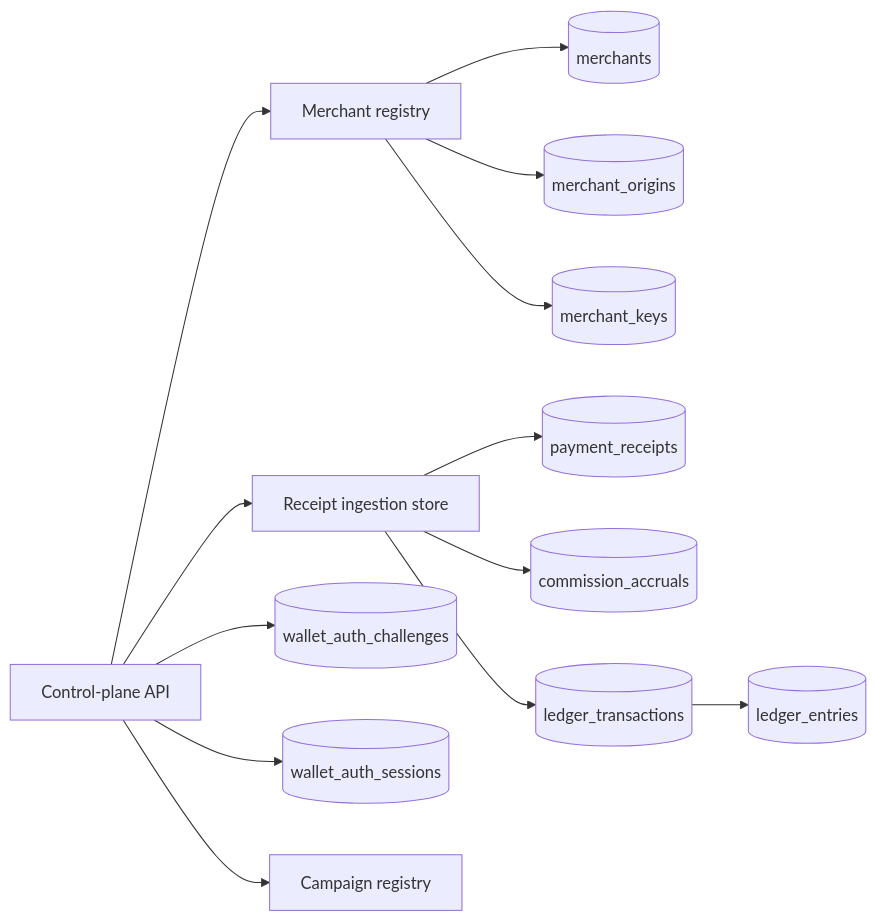
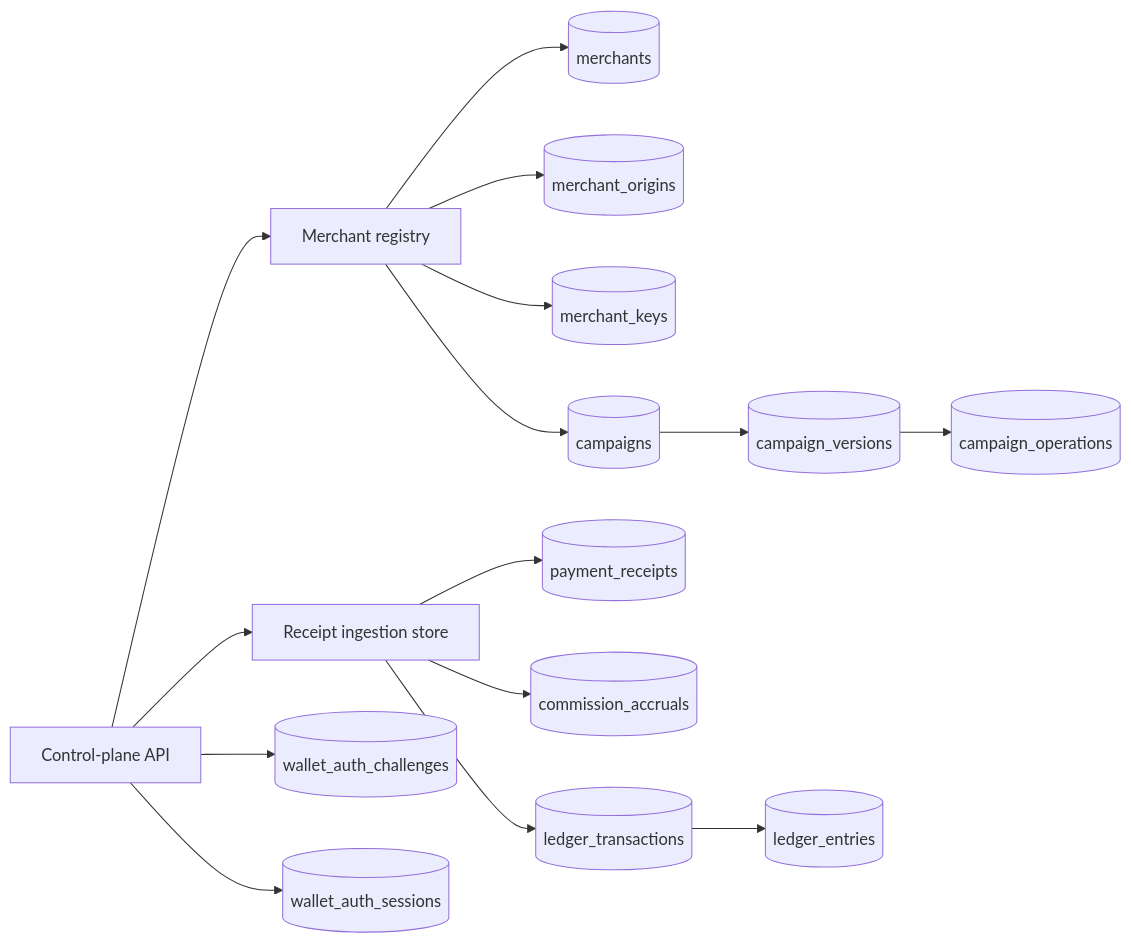
One commit to split402protocol/splitx402 changed the fifth of 5 diagrams in README.md. Above: the diagram before and after it, drawn with Mermaid. The commit also changed other lines of this file and 7 other files, not shown here.

Commit message:
Add PostgreSQL campaign registry

````diff
--- a/README.md
+++ b/README.md
@@ -177,29 +178,33 @@
 ```mermaid
 flowchart LR
   API["Control-plane API"]
   Registry["Merchant registry"]
   Ingestion["Receipt ingestion store"]
   Merchants[("merchants")]
   Origins[("merchant_origins")]
   Keys[("merchant_keys")]
+  CampaignRows[("campaigns")]
+  CampaignVersions[("campaign_versions")]
+  CampaignOps[("campaign_operations")]
   Challenges[("wallet_auth_challenges")]
   Sessions[("wallet_auth_sessions")]
-  Campaigns["Campaign registry"]
   Receipts[("payment_receipts")]
   Accruals[("commission_accruals")]
   LedgerTx[("ledger_transactions")]
   LedgerEntries[("ledger_entries")]
 
   API --> Registry
   API --> Ingestion
   Registry --> Merchants
   Registry --> Origins
   Registry --> Keys
+  Registry --> CampaignRows
+  CampaignRows --> CampaignVersions
+  CampaignVersions --> CampaignOps
   API --> Challenges
   API --> Sessions
-  API --> Campaigns
   Ingestion --> Receipts
   Ingestion --> Accruals
   Ingestion --> LedgerTx
   LedgerTx --> LedgerEntries
 ```
````
